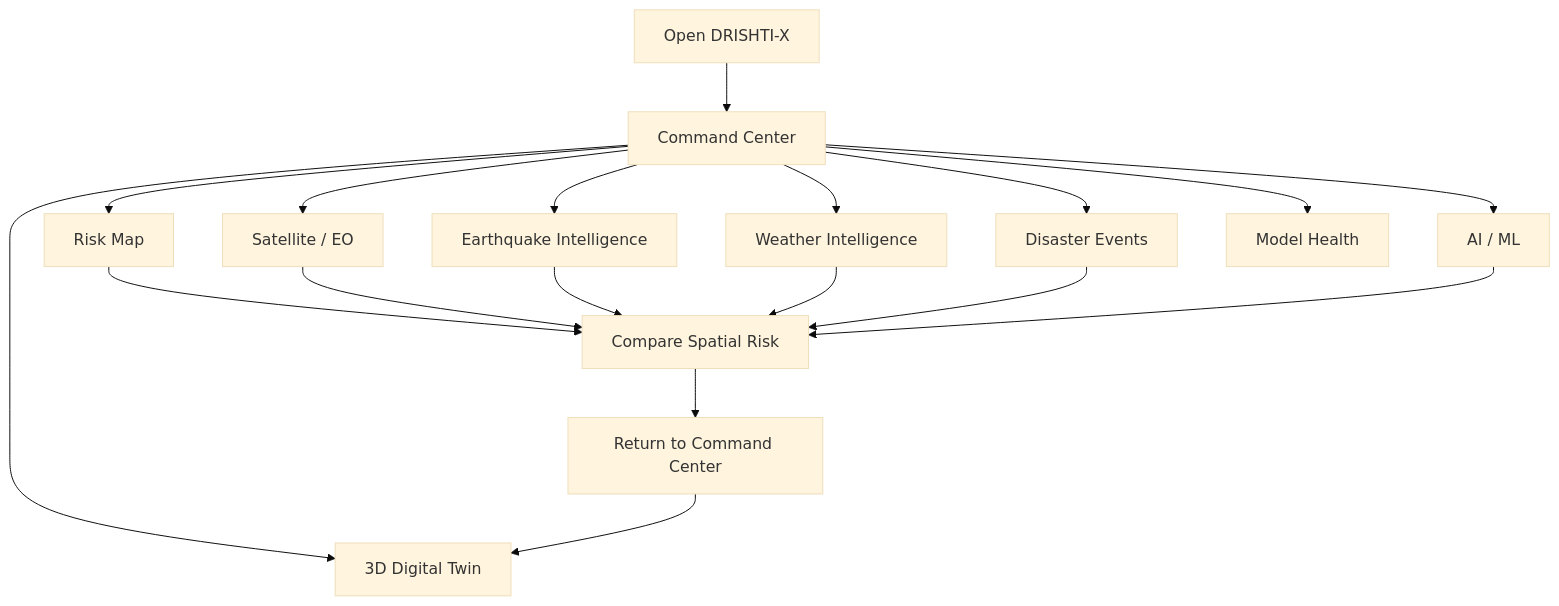
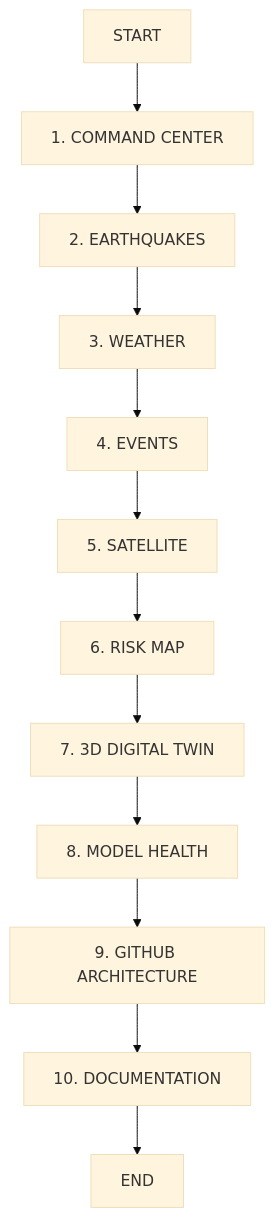
One commit to hemanthhemanth1834-bit/drishti-ai-command-center changed the third of 3 diagrams in README.md. Above: the diagram before and after it, drawn with Mermaid (base theme). The commit also changed other lines of this file, not shown here.

Commit message:
Create definitive DRISHTI-X project README

````diff
--- a/README.md
+++ b/README.md
@@ -104,20 +312,14 @@
 ```mermaid
 flowchart TD
-    A[Open DRISHTI-X] --> B[Command Center]
-    B --> C[Risk Map]
-    B --> D[Satellite / EO]
-    B --> E[Earthquake Intelligence]
-    B --> F[Weather Intelligence]
-    B --> G[Disaster Events]
-    B --> H[AI / ML]
-    B --> I[Model Health]
-    B --> J[3D Digital Twin]
-    C --> K[Compare Spatial Risk]
-    D --> K
-    E --> K
-    F --> K
-    G --> K
-    H --> K
-    K --> L[Return to Command Center]
-    L --> J
+    S[START] --> C1[1. COMMAND CENTER]
+    C1 --> E2[2. EARTHQUAKES]
+    E2 --> W3[3. WEATHER]
+    W3 --> EV4[4. EVENTS]
+    EV4 --> SA5[5. SATELLITE]
+    SA5 --> R6[6. RISK MAP]
+    R6 --> T7[7. 3D DIGITAL TWIN]
+    T7 --> M8[8. MODEL HEALTH]
+    M8 --> G9[9. GITHUB ARCHITECTURE]
+    G9 --> D10[10. DOCUMENTATION]
+    D10 --> END[END]
 ```
````
